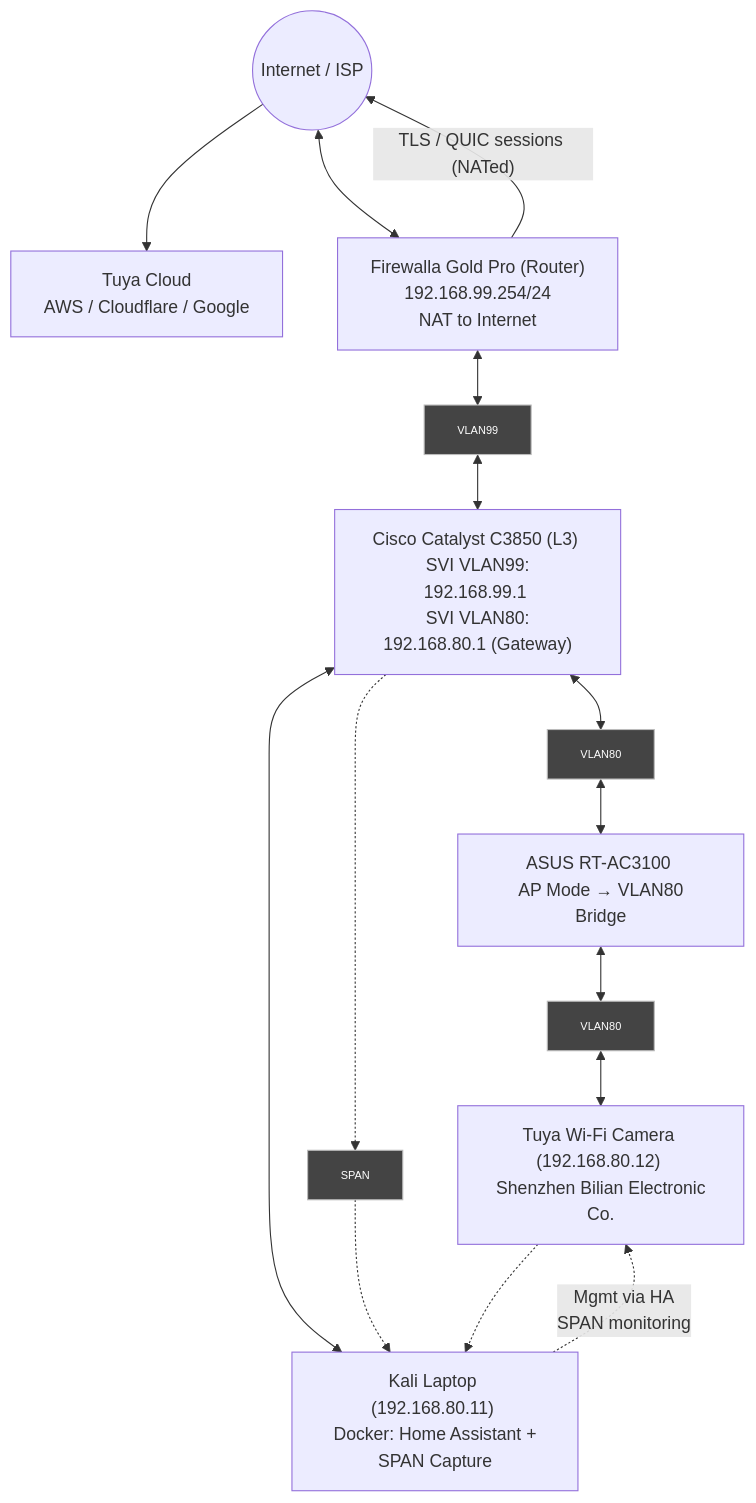
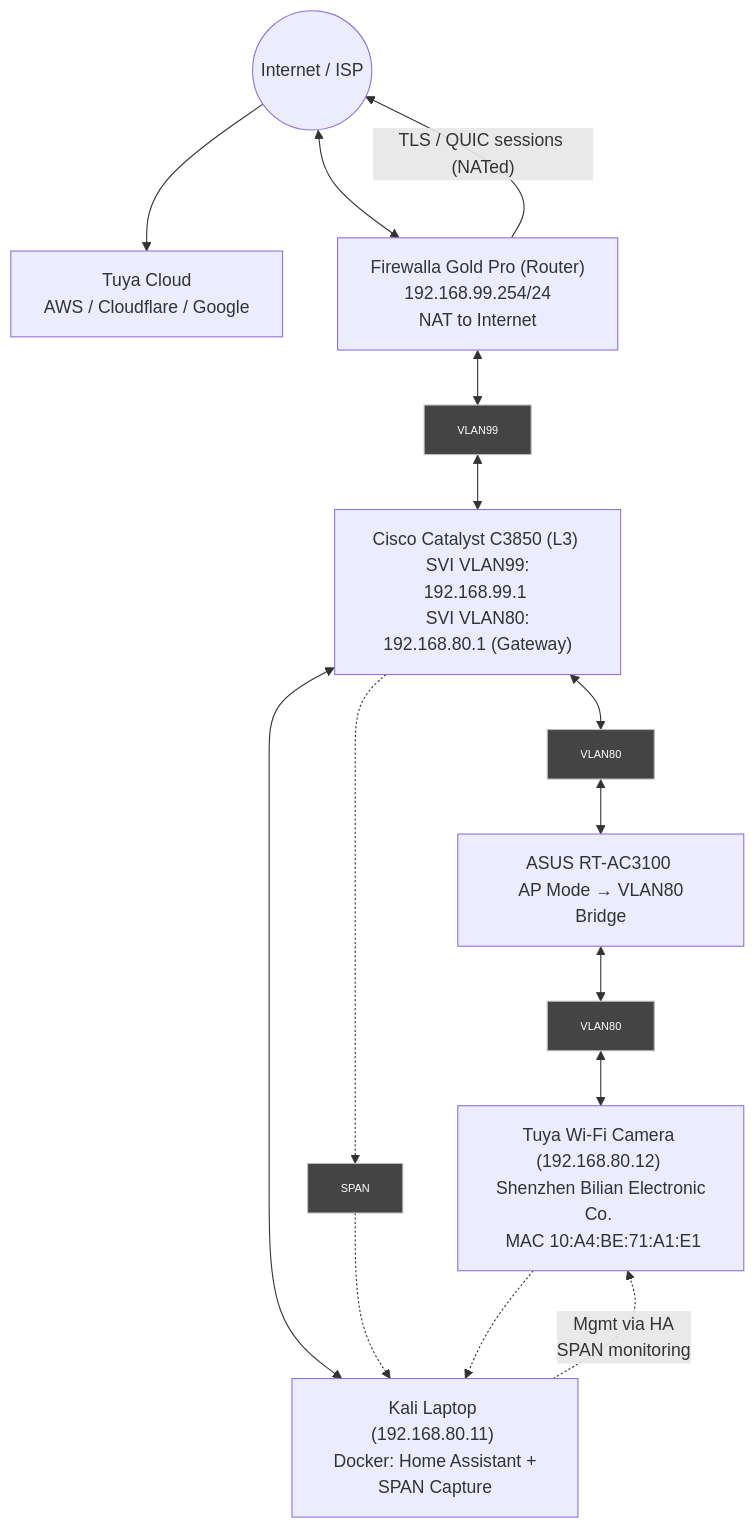
The diagram in Labs/IoT/LabSetup.md (blackTieV2/ZEIT8023-S2-2025-), drawn with Mermaid before and after one commit.

````diff
--- a/Labs/IoT/LabSetup.md
+++ b/Labs/IoT/LabSetup.md
@@ -4,41 +4,41 @@
 ```mermaid
 flowchart TD
     Internet((Internet / ISP))
     Cloud["Tuya Cloud <br/> AWS / Cloudflare / Google"]
 
     Router["Firewalla Gold Pro (Router) <br/> 192.168.99.254/24 <br/> NAT to Internet"]
     Switch["Cisco Catalyst C3850 (L3) <br/> SVI VLAN99: 192.168.99.1 <br/> SVI VLAN80: 192.168.80.1 (Gateway)"]
     AP["ASUS RT-AC3100 <br/> AP Mode → VLAN80 Bridge"]
     Laptop["Kali Laptop (192.168.80.11) <br/> Docker: Home Assistant + SPAN Capture"]
-    Camera["Tuya Wi-Fi Camera (192.168.80.12) <br/> Shenzhen Bilian Electronic Co."]
+    Camera["Tuya Wi-Fi Camera (192.168.80.12) <br/> Shenzhen Bilian Electronic Co. <br/> MAC 10:A4:BE:71:A1:E1"]
 
     %% Inline link-label nodes (small boxes)
     v99["VLAN99"]:::tag
     v80a["VLAN80"]:::tag
     v80b["VLAN80"]:::tag
     span1["SPAN"]:::tag
 
     %% Physical / data links (bidirectional where applicable)
     Internet <--> Router
     Router <--> v99 <--> Switch
     Switch <--> v80a <--> AP
     AP <--> v80b <--> Camera
     Switch <--> Laptop
 
     %% End-to-end traffic indication (sessions are with cloud; NAT at router)
     Router -->|"TLS / QUIC sessions (NATed)"| Internet --> Cloud
 
     %% SPAN mirroring (one-way from switch to laptop)
     Switch -.-> span1 -.-> Laptop
 
     %% Mgmt path (dashed, bidirectional — use two edges)
     Laptop -.->|"Mgmt via HA <br/> SPAN monitoring"| Camera
     Camera -.-> Laptop
 
     %% Tiny tag-box styling (GitHub-safe)
     classDef tag fill:#444,stroke:#bbb,color:#fff,stroke-width:1px,font-size:10px;
 
 
 
 
 ```
````
